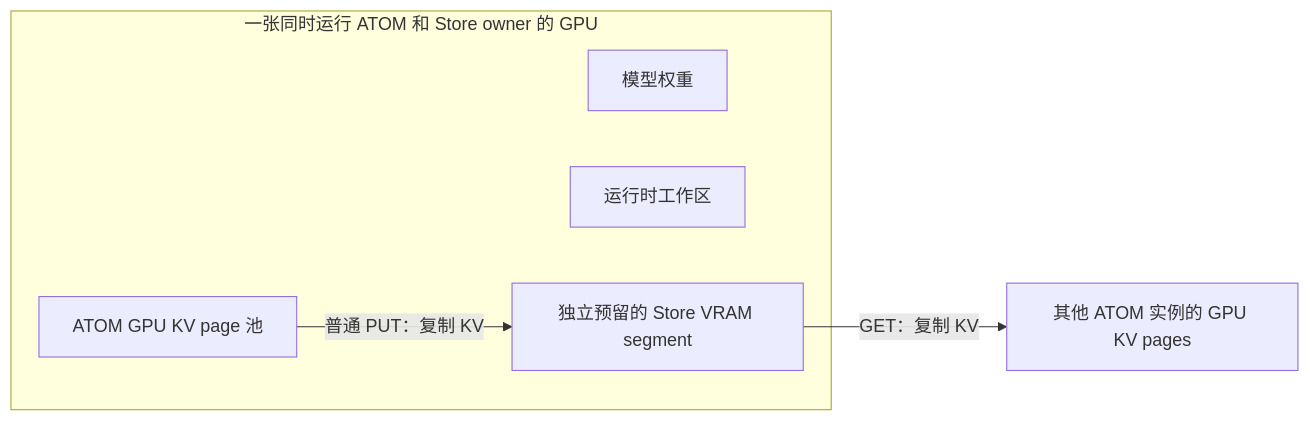
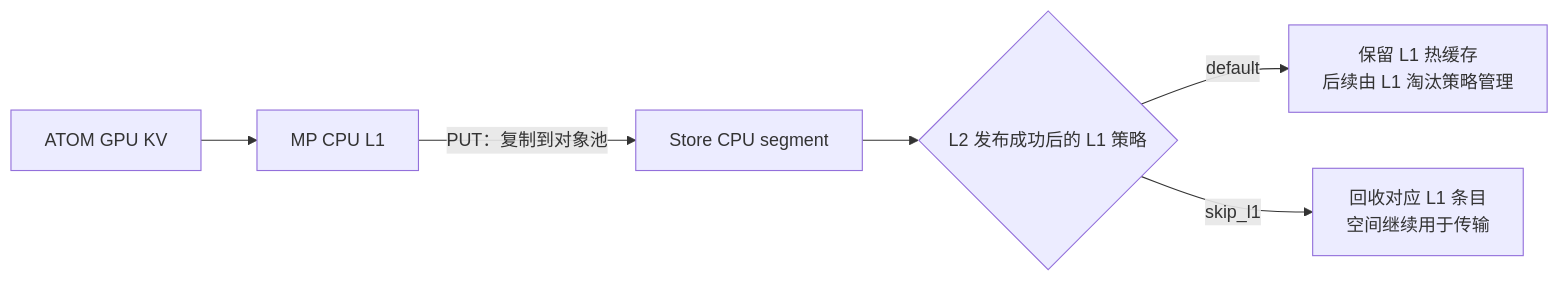
Before and after one commit to Jasen2201/ATOM: diagram 14 of 21 in docs/atom_shared_kv_research_20260922.md, drawn with Mermaid. The commit also changed other lines of this file, not shown here.

````diff
--- a/docs/atom_shared_kv_research_20260922.md
+++ b/docs/atom_shared_kv_research_20260922.md
@@ -177,11 +399,8 @@
 ```mermaid
 flowchart LR
-    subgraph Card["一张同时运行 ATOM 和 Store owner 的 GPU"]
-        Weight["模型权重"]
-        Work["运行时工作区"]
-        KV["ATOM GPU KV page 池"]
-        VRAM["独立预留的 Store VRAM segment"]
-        KV -->|"普通 PUT：复制 KV"| VRAM
-    end
-    VRAM -->|"GET：复制 KV"| Remote["其他 ATOM 实例的 GPU KV pages"]
+    G["ATOM GPU KV"] --> L["MP CPU L1"]
+    L -->|"PUT：复制到对象池"| S["Store CPU segment"]
+    S --> Policy{"L2 发布成功后的 L1 策略"}
+    Policy -->|"default"| Keep["保留 L1 热缓存<br/>后续由 L1 淘汰策略管理"]
+    Policy -->|"skip_l1"| Free["回收对应 L1 条目<br/>空间继续用于传输"]
 ```
````
